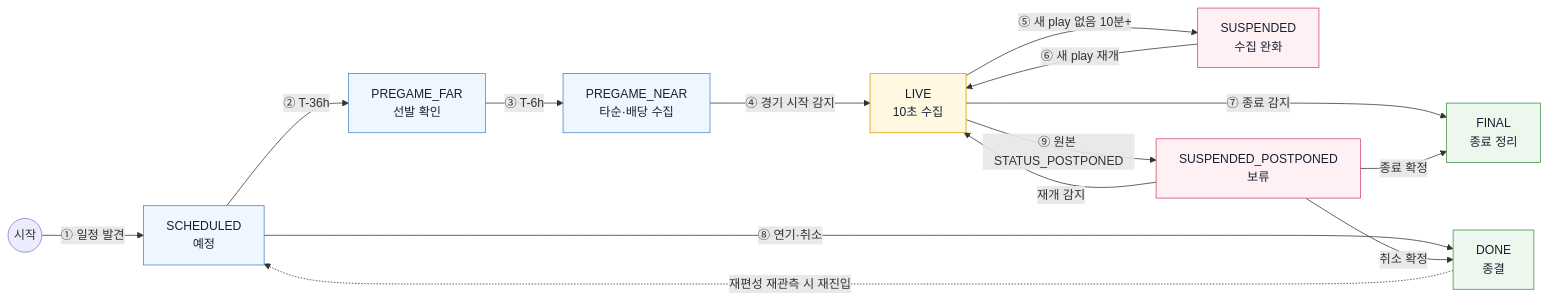
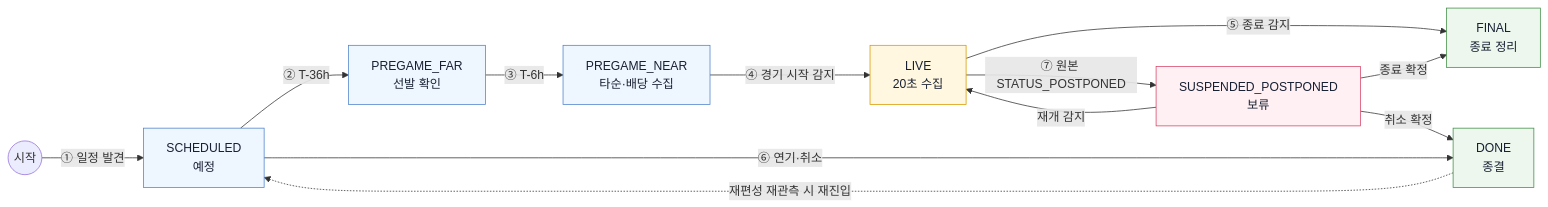
One commit to team-pulse-mlb/pulse-project changed the first of 3 diagrams in docs/design/DATA_PIPELINE.md. Above: the diagram before and after it, drawn with Mermaid. The commit also changed other lines of this file and 17 other files, not shown here.

````diff
--- a/docs/design/DATA_PIPELINE.md
+++ b/docs/design/DATA_PIPELINE.md
@@ -7,26 +7,24 @@
 ```mermaid
 flowchart LR
     classDef main fill:#eef6ff,stroke:#4f83cc,color:#172033
     classDef live fill:#fff7df,stroke:#d99a00,color:#172033
     classDef done fill:#edf7ed,stroke:#3f8f46,color:#172033
     classDef hold fill:#fff0f3,stroke:#d64568,color:#172033
 
     START(("시작")) -->|"① 일정 발견"| SCHEDULED["SCHEDULED<br/>예정"]
     SCHEDULED -->|"② T-36h"| FAR["PREGAME_FAR<br/>선발 확인"]
     FAR -->|"③ T-6h"| NEAR["PREGAME_NEAR<br/>타순·배당 수집"]
-    NEAR -->|"④ 경기 시작 감지"| LIVE["LIVE<br/>10초 수집"]
-    LIVE -->|"⑤ 새 play 없음 10분+"| SUSPENDED["SUSPENDED<br/>수집 완화"]
-    SUSPENDED -->|"⑥ 새 play 재개"| LIVE
-    LIVE -->|"⑦ 종료 감지"| FINAL["FINAL<br/>종료 정리"]
-    SCHEDULED -->|"⑧ 연기·취소"| DONE["DONE<br/>종결"]
-    LIVE -->|"⑨ 원본 STATUS_POSTPONED"| POSTPONED["SUSPENDED_POSTPONED<br/>보류"]
+    NEAR -->|"④ 경기 시작 감지"| LIVE["LIVE<br/>20초 수집"]
+    LIVE -->|"⑤ 종료 감지"| FINAL["FINAL<br/>종료 정리"]
+    SCHEDULED -->|"⑥ 연기·취소"| DONE["DONE<br/>종결"]
+    LIVE -->|"⑦ 원본 STATUS_POSTPONED"| POSTPONED["SUSPENDED_POSTPONED<br/>보류"]
     POSTPONED -->|"재개 감지"| LIVE
     POSTPONED -->|"종료 확정"| FINAL
     POSTPONED -->|"취소 확정"| DONE
     DONE -.->|"재편성 재관측 시 재진입"| SCHEDULED
 
     class SCHEDULED,FAR,NEAR main
     class LIVE live
     class FINAL,DONE done
-    class SUSPENDED,POSTPONED hold
+    class POSTPONED hold
 ```
````
